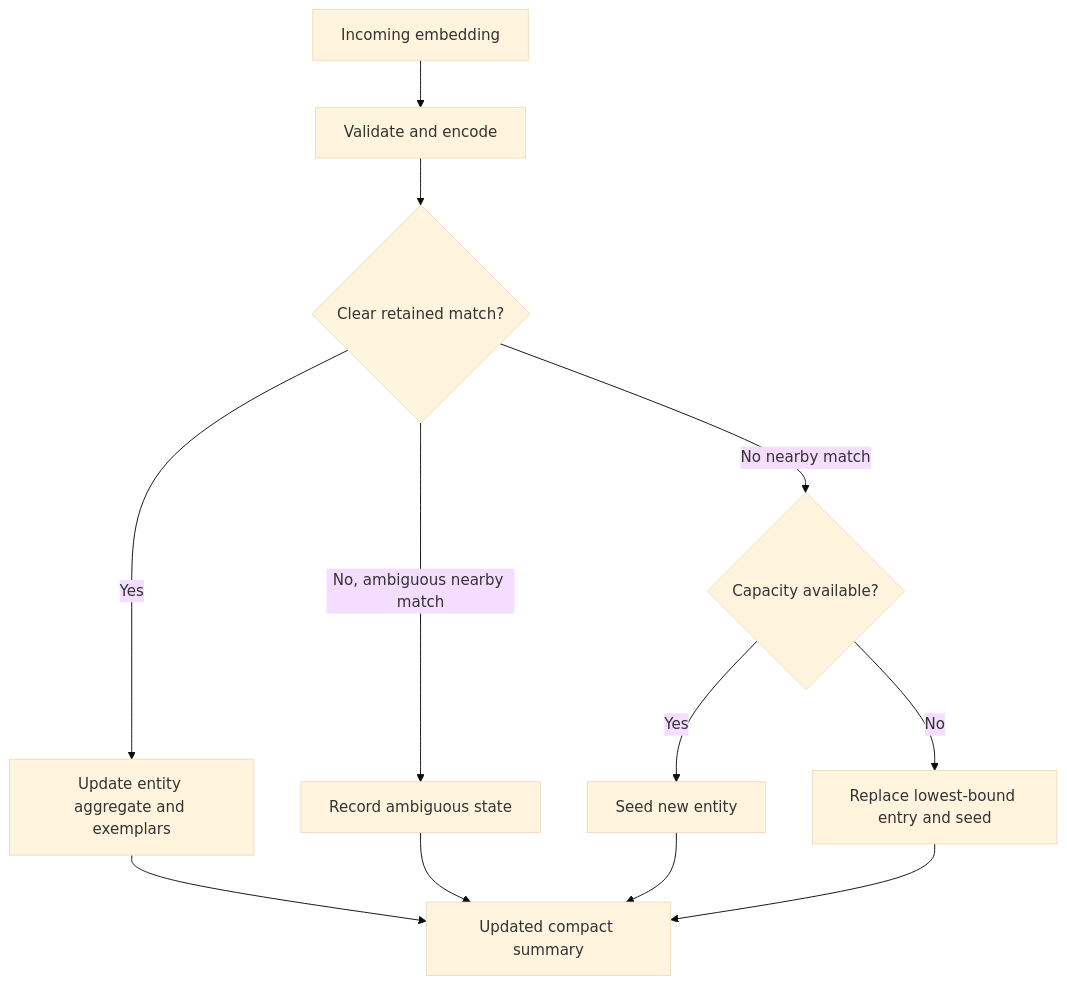
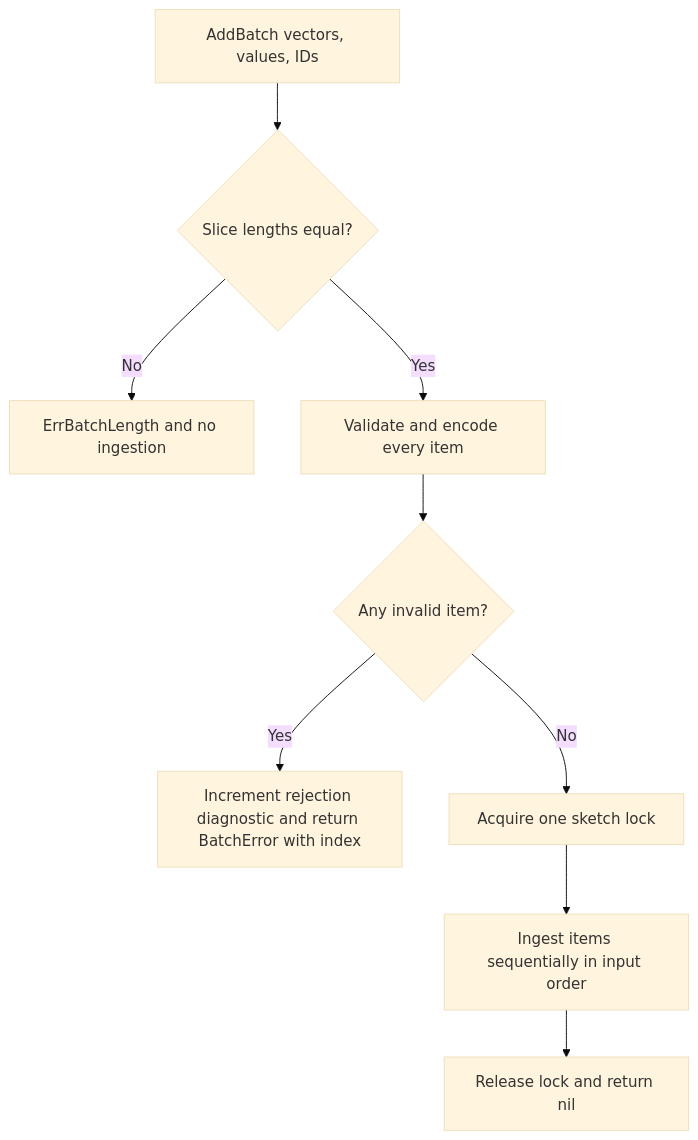
One commit to dippendicular/cardinex changed the fourth of 14 diagrams in README.md. Above: the diagram before and after it, drawn with Mermaid (base theme). The commit also changed other lines of this file, not shown here.

````diff
--- a/README.md
+++ b/README.md
@@ -195,14 +301,11 @@
 ```mermaid
 flowchart TD
-    A[Incoming embedding] --> B[Validate and encode]
-    B --> C{Clear retained match?}
-    C -->|Yes| D[Update entity aggregate and exemplars]
-    C -->|No, ambiguous nearby match| E[Record ambiguous state]
-    C -->|No nearby match| F{Capacity available?}
-    F -->|Yes| G[Seed new entity]
-    F -->|No| H[Replace lowest-bound entry and seed]
-    D --> I[Updated compact summary]
-    E --> I
-    G --> I
-    H --> I
+    A[AddBatch vectors, values, IDs] --> L{Slice lengths equal?}
+    L -->|No| E[ErrBatchLength and no ingestion]
+    L -->|Yes| V[Validate and encode every item]
+    V --> F{Any invalid item?}
+    F -->|Yes| B[Increment rejection diagnostic and return BatchError with index]
+    F -->|No| K[Acquire one sketch lock]
+    K --> I[Ingest items sequentially in input order]
+    I --> U[Release lock and return nil]
 ```
````
